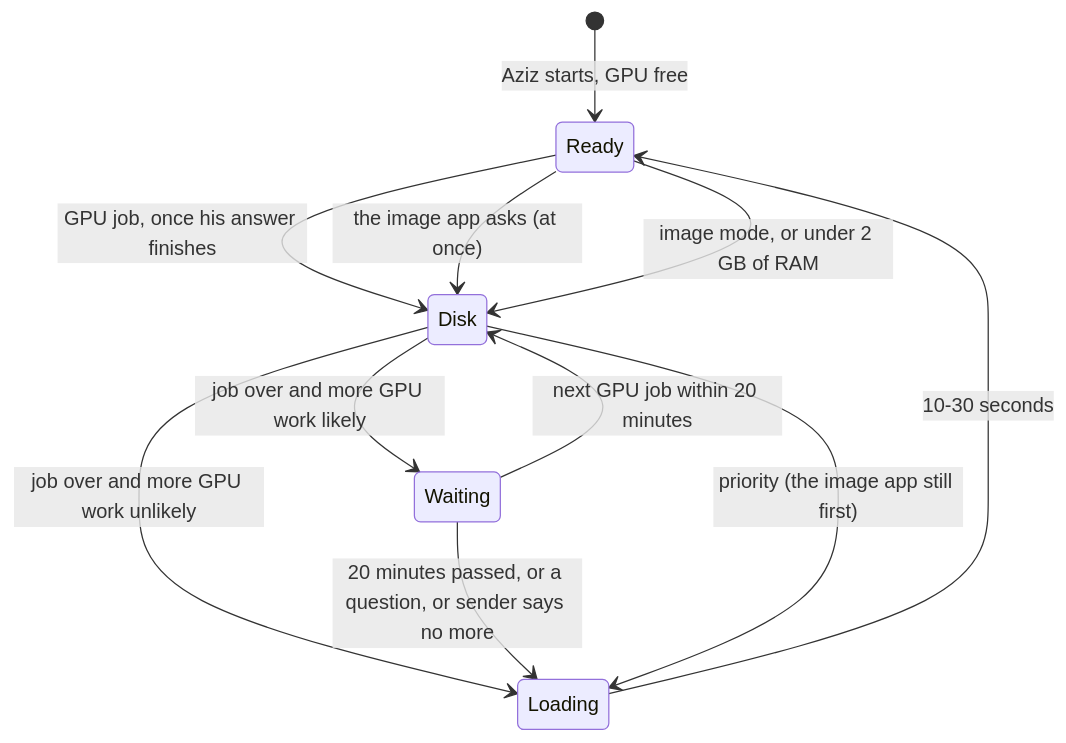
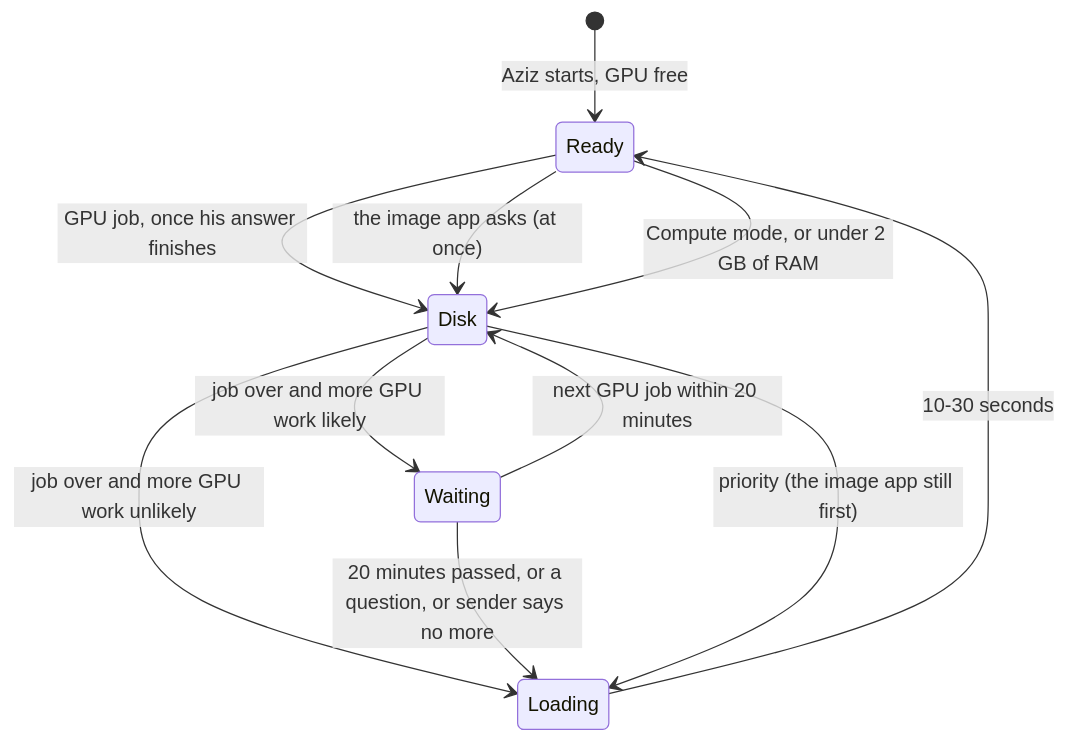
The second of 3 diagrams in README.md (KaramelliSundae/aziz-the-manager), drawn with Mermaid before and after one commit. The commit also changed other lines of this file and 11 other files, not shown here.

````diff
--- a/README.md
+++ b/README.md
@@ -26,13 +36,13 @@
 ```mermaid
 stateDiagram-v2
     [*] --> Ready: Aziz starts, GPU free
     Ready --> Disk: GPU job, once his answer finishes
     Ready --> Disk: the image app asks (at once)
-    Ready --> Disk: image mode, or under 2 GB of RAM
+    Ready --> Disk: Compute mode, or under 2 GB of RAM
     Disk --> Loading: job over and more GPU work unlikely
     Disk --> Waiting: job over and more GPU work likely
     Waiting --> Disk: next GPU job within 20 minutes
     Waiting --> Loading: 20 minutes passed, or a question, or sender says no more
     Disk --> Loading: priority (the image app still first)
     Loading --> Ready: 10-30 seconds
 ```
````
